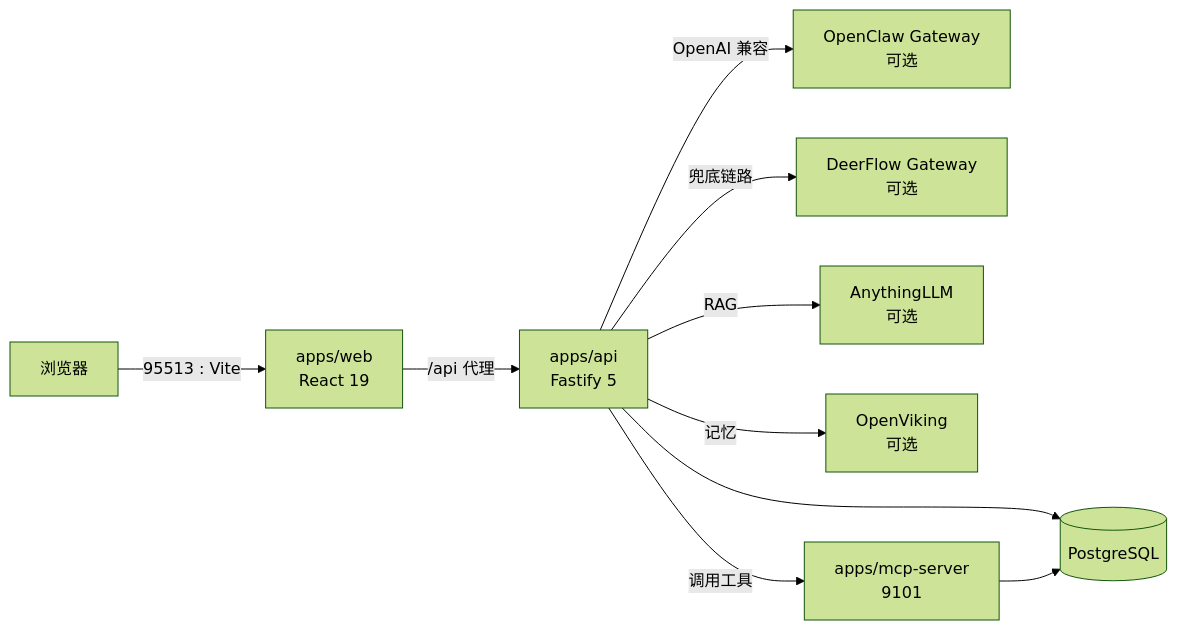
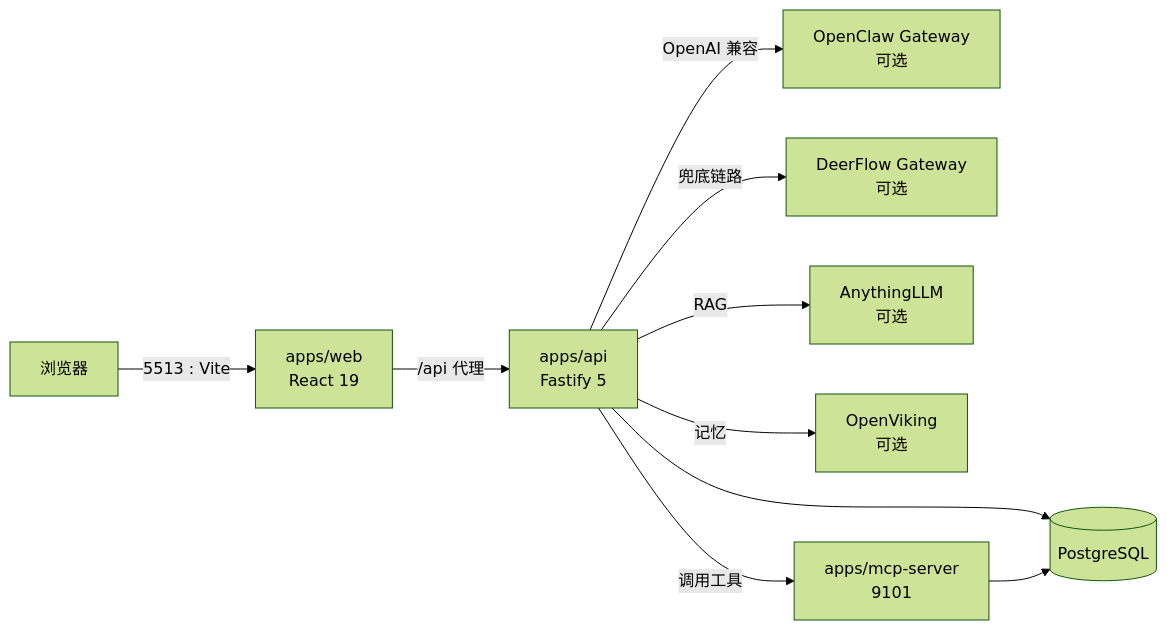
One commit to BlazarLIU/leyova changed the diagram in README.md. Above: the diagram before and after it, drawn with Mermaid (forest theme). The commit also changed other lines of this file and 38 other files, not shown here.

````diff
--- a/README.md
+++ b/README.md
@@ -32,12 +32,12 @@
 ```mermaid
 flowchart LR
-  U[浏览器] -->|95513 : Vite| W[apps/web<br/>React 19]
+  U[浏览器] -->|5513 : Vite| W[apps/web<br/>React 19]
   W -->|/api 代理| A[apps/api<br/>Fastify 5]
   A --> DB[(PostgreSQL)]
   A -->|OpenAI 兼容| OC[OpenClaw Gateway<br/>可选]
   A -->|兜底链路| DF[DeerFlow Gateway<br/>可选]
   A -->|RAG| AL[AnythingLLM<br/>可选]
   A -->|记忆| OV[OpenViking<br/>可选]
   A -->|调用工具| M[apps/mcp-server<br/>9101]
   M --> DB
 ```
````
